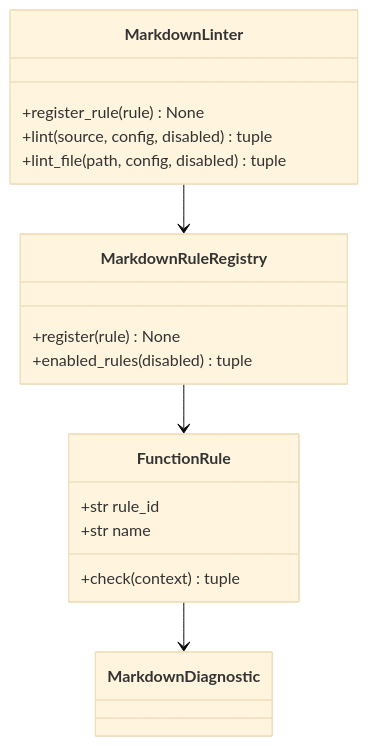
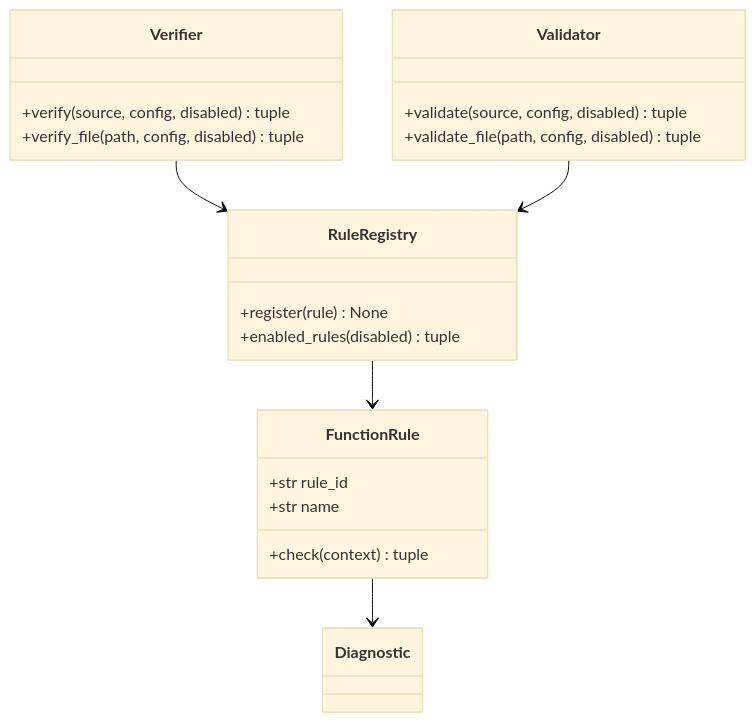
The fifth of 5 diagrams in docs/API_REFERENCE.md (antoinebarre/mkforge), drawn with Mermaid (base theme) before and after one commit. The commit also changed other lines of this file and 130 other files, not shown here.

````diff
--- a/docs/API_REFERENCE.md
+++ b/docs/API_REFERENCE.md
@@ -833,21 +843,25 @@
 ```mermaid
 classDiagram
-    class MarkdownLinter {
-        +register_rule(rule) None
-        +lint(source, config, disabled) tuple
-        +lint_file(path, config, disabled) tuple
+    class Verifier {
+        +verify(source, config, disabled) tuple
+        +verify_file(path, config, disabled) tuple
     }
-    class MarkdownRuleRegistry {
+    class Validator {
+        +validate(source, config, disabled) tuple
+        +validate_file(path, config, disabled) tuple
+    }
+    class RuleRegistry {
         +register(rule) None
         +enabled_rules(disabled) tuple
     }
     class FunctionRule {
         +str rule_id
         +str name
         +check(context) tuple
     }
-    class MarkdownDiagnostic
-    MarkdownLinter --> MarkdownRuleRegistry
-    MarkdownRuleRegistry --> FunctionRule
-    FunctionRule --> MarkdownDiagnostic
+    class Diagnostic
+    Verifier --> RuleRegistry
+    Validator --> RuleRegistry
+    RuleRegistry --> FunctionRule
+    FunctionRule --> Diagnostic
 ```
````
